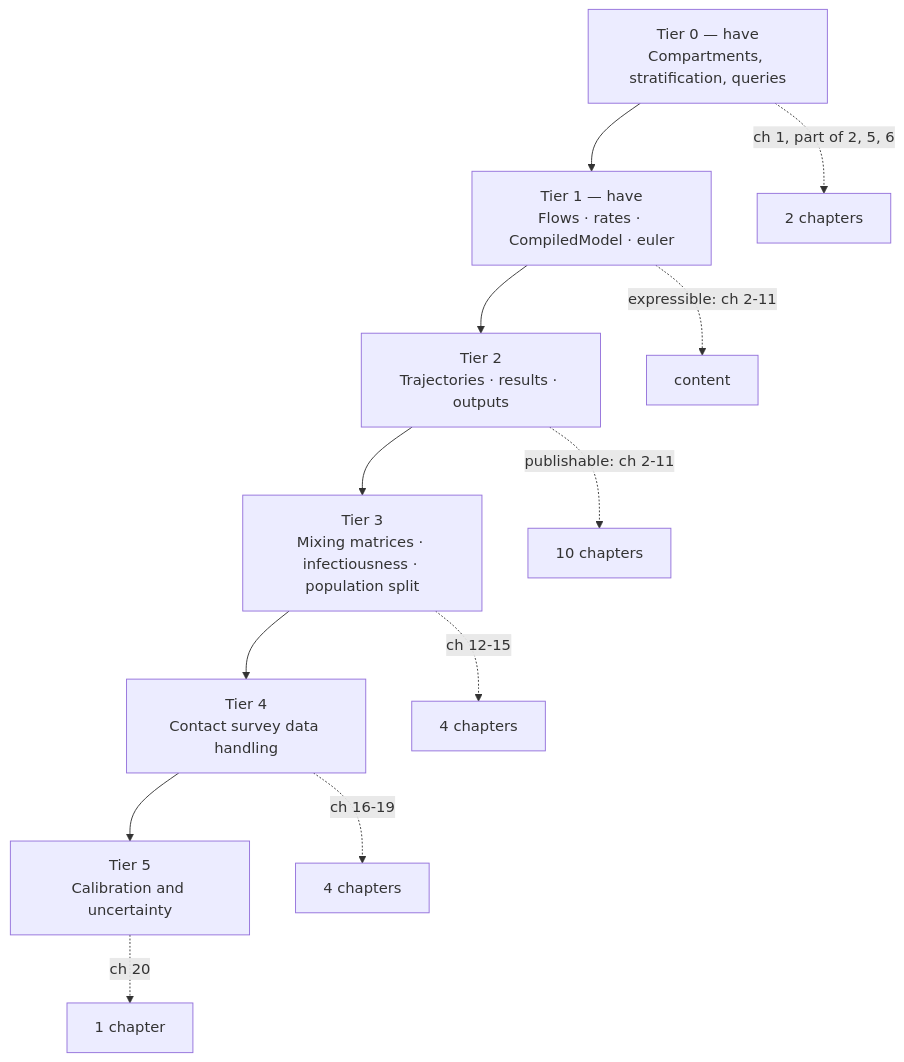
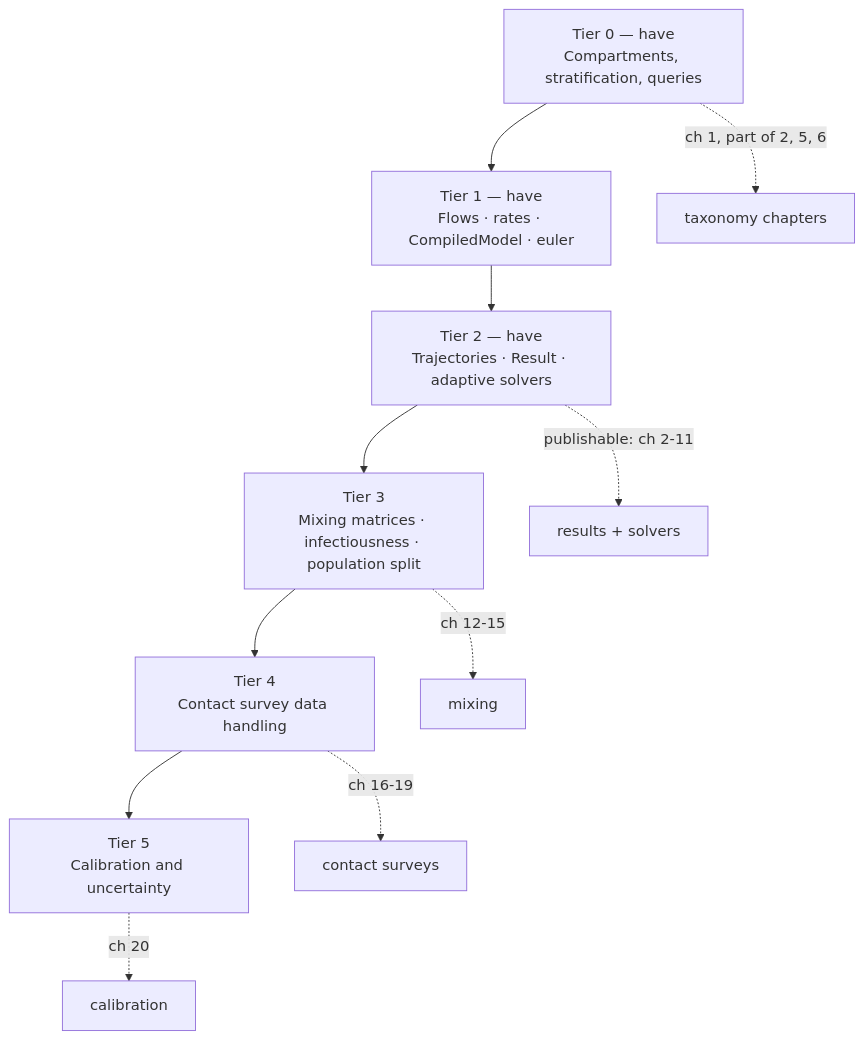
One commit to monash-emu/summer4 changed the diagram in docs/textbook/roadmap.md. Above: the diagram before and after it, drawn with Mermaid. The commit also changed other lines of this file and 23 other files, not shown here.

````diff
--- a/docs/textbook/roadmap.md
+++ b/docs/textbook/roadmap.md
@@ -48,18 +23,17 @@
 ```{mermaid}
 flowchart TB
     T0["Tier 0 — have<br/>Compartments, stratification, queries"]
     T1["Tier 1 — have<br/>Flows · rates · CompiledModel · euler"]
-    T2["Tier 2<br/>Trajectories · results · outputs"]
+    T2["Tier 2 — have<br/>Trajectories · Result · adaptive solvers"]
     T3["Tier 3<br/>Mixing matrices · infectiousness · population split"]
     T4["Tier 4<br/>Contact survey data handling"]
     T5["Tier 5<br/>Calibration and uncertainty"]
 
     T0 --> T1 --> T2 --> T3 --> T4 --> T5
 
-    T0 -.->|"ch 1, part of 2, 5, 6"| C0["2 chapters"]
-    T1 -.->|"expressible: ch 2-11"| C1["content"]
-    T2 -.->|"publishable: ch 2-11"| C2["10 chapters"]
-    T3 -.->|"ch 12-15"| C3["4 chapters"]
-    T4 -.->|"ch 16-19"| C4["4 chapters"]
-    T5 -.->|"ch 20"| C5["1 chapter"]
+    T0 -.->|"ch 1, part of 2, 5, 6"| C0["taxonomy chapters"]
+    T2 -.->|"publishable: ch 2-11"| C2["results + solvers"]
+    T3 -.->|"ch 12-15"| C3["mixing"]
+    T4 -.->|"ch 16-19"| C4["contact surveys"]
+    T5 -.->|"ch 20"| C5["calibration"]
 ```
````
